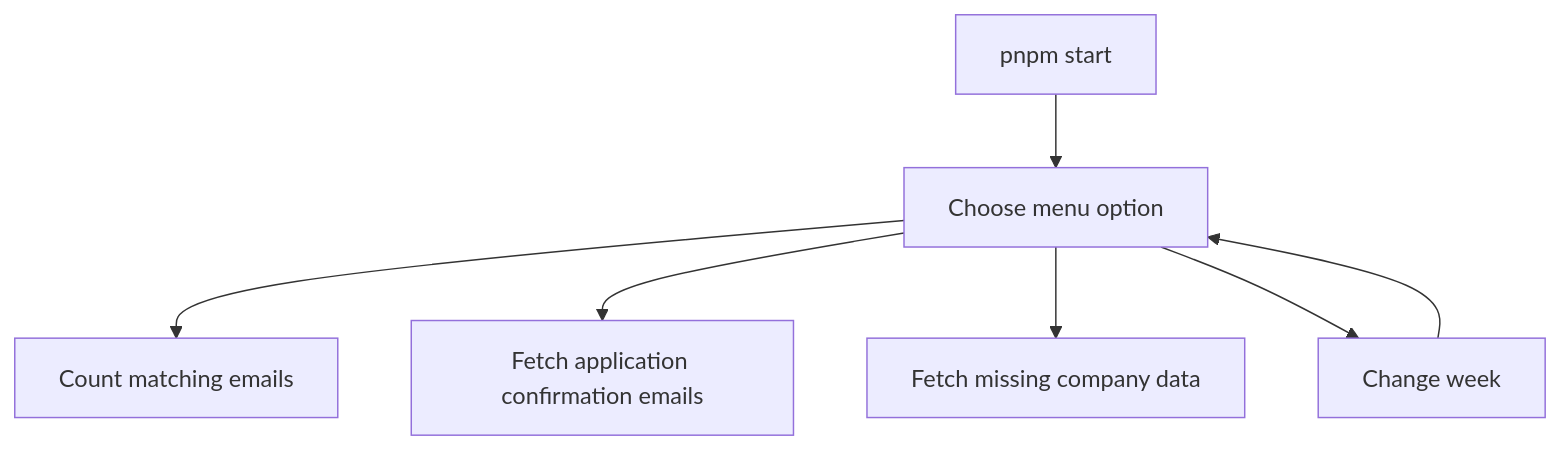
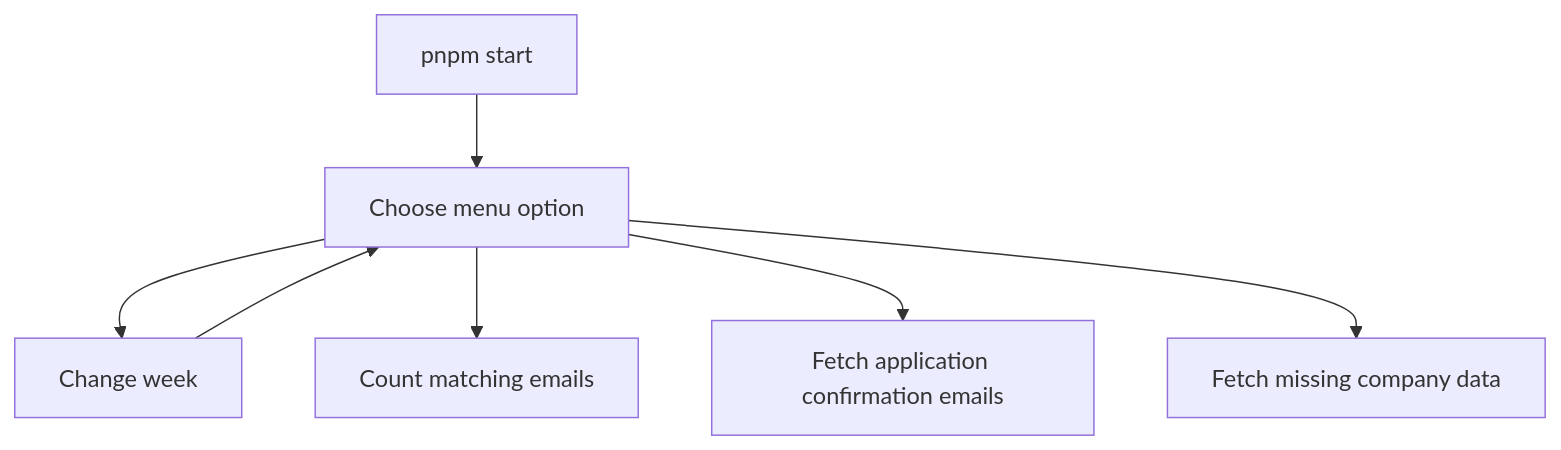
The first of 5 diagrams in README.md (idahotallpaul/work-search-reporter), drawn with Mermaid before and after one commit. The commit also changed other lines of this file and 2 other files, not shown here.

Commit message:
Improve interactive week selection

````diff
--- a/README.md
+++ b/README.md
@@ -15,9 +15,9 @@
 ```mermaid
 flowchart TD
   A["pnpm start"] --> B["Choose menu option"]
-  B --> C["Count matching emails"]
-  B --> D["Fetch application confirmation emails"]
-  B --> E["Fetch missing company data"]
-  B --> F["Change week"]
-  F --> B
+  B --> C["Change week"]
+  B --> D["Count matching emails"]
+  B --> E["Fetch application confirmation emails"]
+  B --> F["Fetch missing company data"]
+  C --> B
 ```
````
